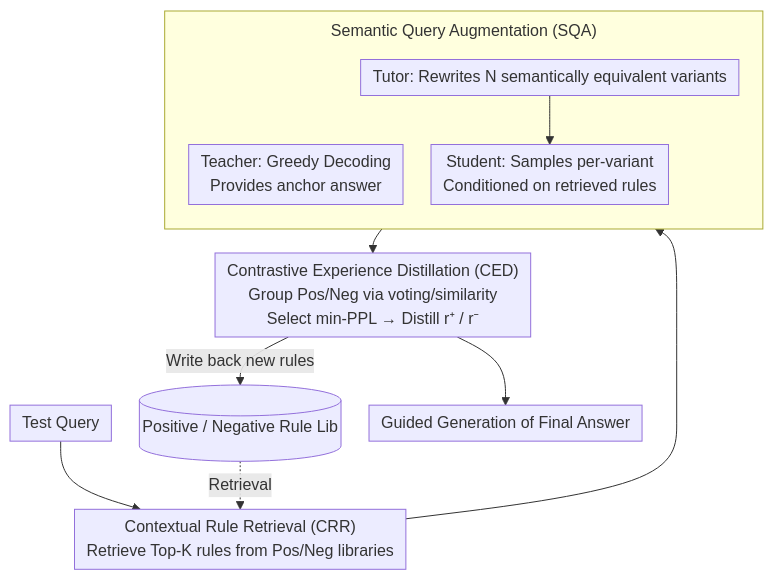
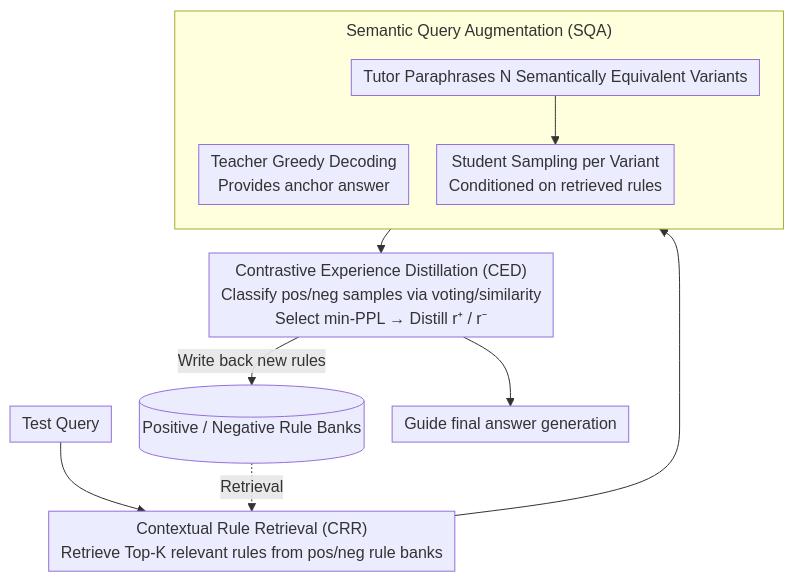
Before and after one commit to zhaoyang97/Paper-Notes-en: the diagram in docs/ACL2026/model_compression/training-free_test-time_contrastive_learning_for_large_language_models.md, drawn with Mermaid. The commit also changed other lines of this file and 5084 other files, not shown here.

````diff
--- a/docs/ACL2026/model_compression/training-free_test-time_contrastive_learning_for_large_language_models.md
+++ b/docs/ACL2026/model_compression/training-free_test-time_contrastive_learning_for_large_language_models.md
@@ -45,15 +45,15 @@
 ```mermaid
 %%{init: {'flowchart': {'rankSpacing': 24, 'nodeSpacing': 28, 'padding': 6, 'wrappingWidth': 400, 'subGraphTitleMargin': {'top': 8, 'bottom': 16}}}}%%
 flowchart TD
-    A["Test Query"] --> B["Contextual Rule Retrieval (CRR)<br/>Retrieve Top-K rules from Pos/Neg libraries"]
+    A["Test Query"] --> B["Contextual Rule Retrieval (CRR)<br/>Retrieve Top-K relevant rules from pos/neg rule banks"]
     B --> C
     subgraph C["Semantic Query Augmentation (SQA)"]
         direction TB
-        C1["Teacher: Greedy Decoding<br/>Provides anchor answer"]
-        C2["Tutor: Rewrites N semantically equivalent variants"] --> C3["Student: Samples per-variant<br/>Conditioned on retrieved rules"]
+        C1["Teacher Greedy Decoding<br/>Provides anchor answer"]
+        C2["Tutor Paraphrases N Semantically Equivalent Variants"] --> C3["Student Sampling per Variant<br/>Conditioned on retrieved rules"]
     end
-    C --> D["Contrastive Experience Distillation (CED)<br/>Group Pos/Neg via voting/similarity<br/>Select min-PPL → Distill r⁺ / r⁻"]
-    D -->|Write back new rules| E[("Positive / Negative Rule Lib")]
+    C --> D["Contrastive Experience Distillation (CED)<br/>Classify pos/neg samples via voting/similarity<br/>Select min-PPL → Distill r⁺ / r⁻"]
+    D -->|Write back new rules| E[("Positive / Negative Rule Banks")]
     E -. Retrieval .-> B
-    D --> F["Guided Generation of Final Answer"]
+    D --> F["Guide final answer generation"]
 ```
````
